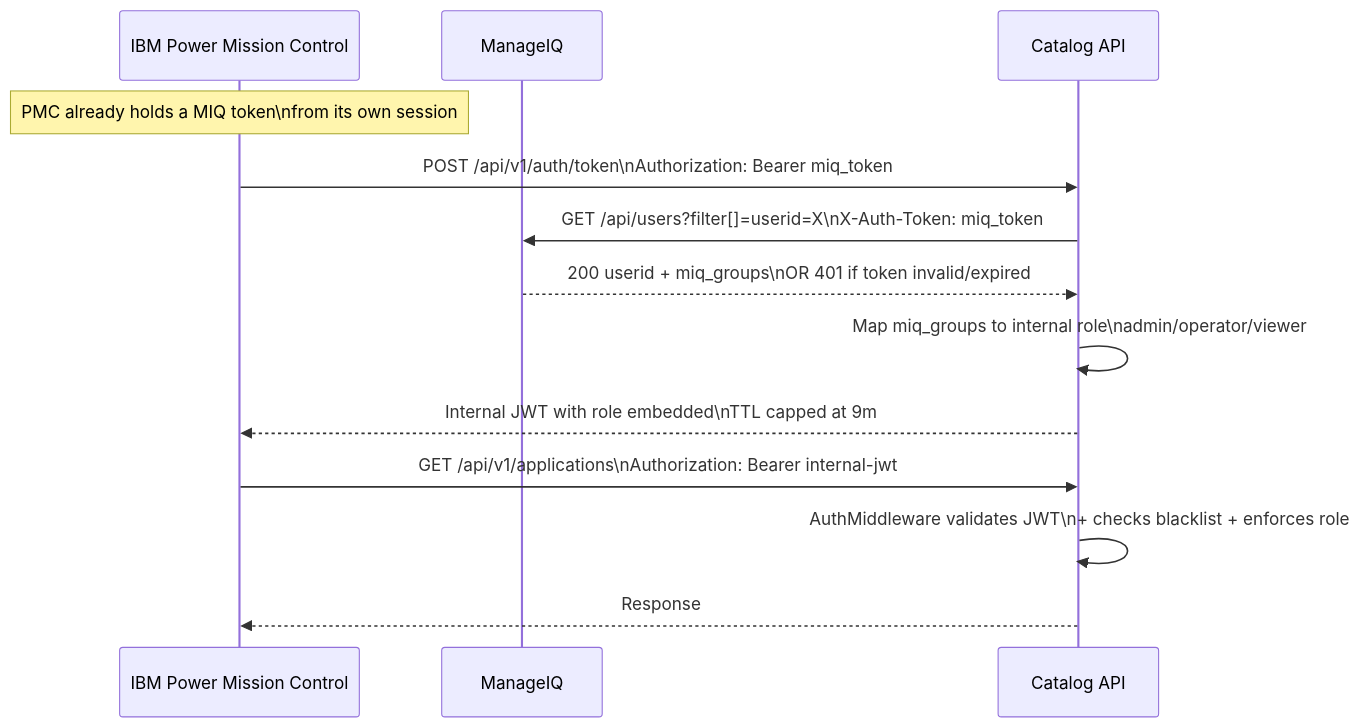
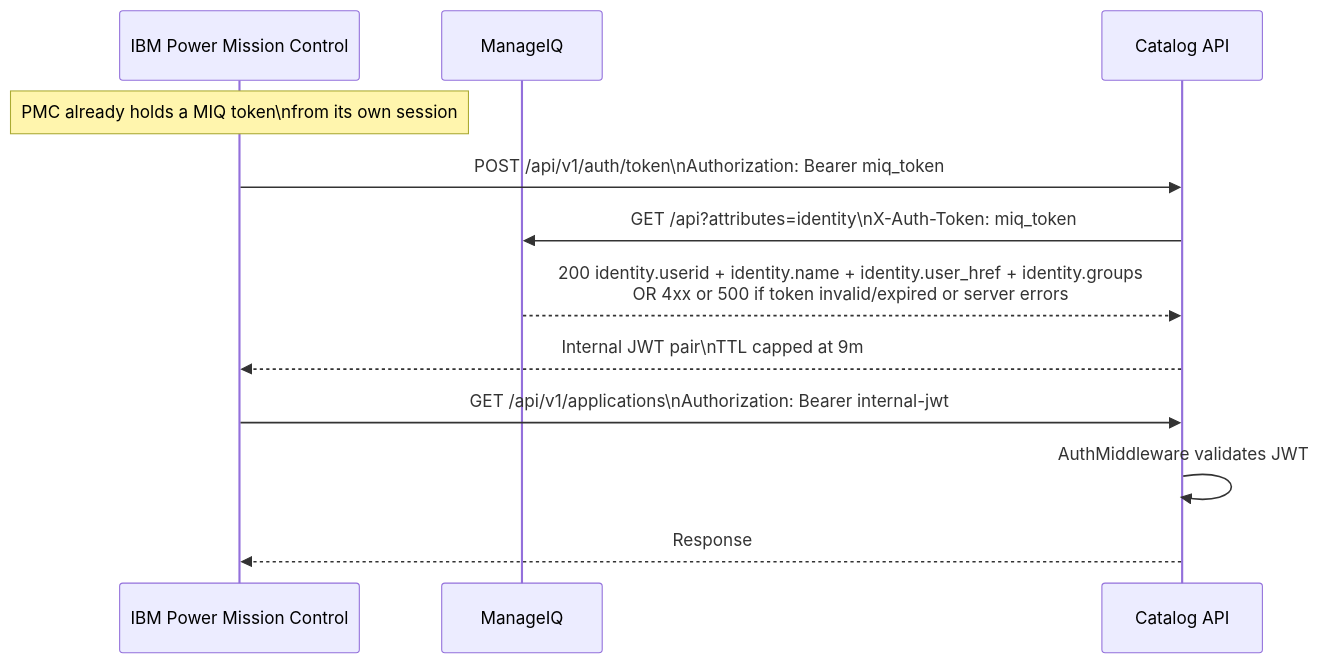
One commit to IBM/project-ai-services changed the fourth of 6 diagrams in docs/proposals/manageiq-authn-authz-plan.md. Above: the diagram before and after it, drawn with Mermaid. The commit also changed other lines of this file and 5 other files, not shown here.

````diff
--- a/docs/proposals/manageiq-authn-authz-plan.md
+++ b/docs/proposals/manageiq-authn-authz-plan.md
@@ -102,19 +106,18 @@
 ```mermaid
 sequenceDiagram
     participant PMC as IBM Power Mission Control
     participant MIQ as ManageIQ
     participant CatalogAPI as Catalog API
 
     note over PMC: PMC already holds a MIQ token\nfrom its own session
     PMC->>CatalogAPI: POST /api/v1/auth/token\nAuthorization: Bearer miq_token
 
-    CatalogAPI->>MIQ: GET /api/users?filter[]=userid=X\nX-Auth-Token: miq_token
-    MIQ-->>CatalogAPI: 200 userid + miq_groups\nOR 401 if token invalid/expired
+    CatalogAPI->>MIQ: GET /api?attributes=identity\nX-Auth-Token: miq_token
+    MIQ-->>CatalogAPI: 200 identity.userid + identity.name + identity.user_href + identity.groups<br/>OR 4xx or 500 if token invalid/expired or server errors
 
-    CatalogAPI->>CatalogAPI: Map miq_groups to internal role\nadmin/operator/viewer
-    CatalogAPI-->>PMC: Internal JWT with role embedded\nTTL capped at 9m
+    CatalogAPI-->>PMC: Internal JWT pair\nTTL capped at 9m
 
     PMC->>CatalogAPI: GET /api/v1/applications\nAuthorization: Bearer internal-jwt
-    CatalogAPI->>CatalogAPI: AuthMiddleware validates JWT\n+ checks blacklist + enforces role
+    CatalogAPI->>CatalogAPI: AuthMiddleware validates JWT
     CatalogAPI-->>PMC: Response
 ```
````
